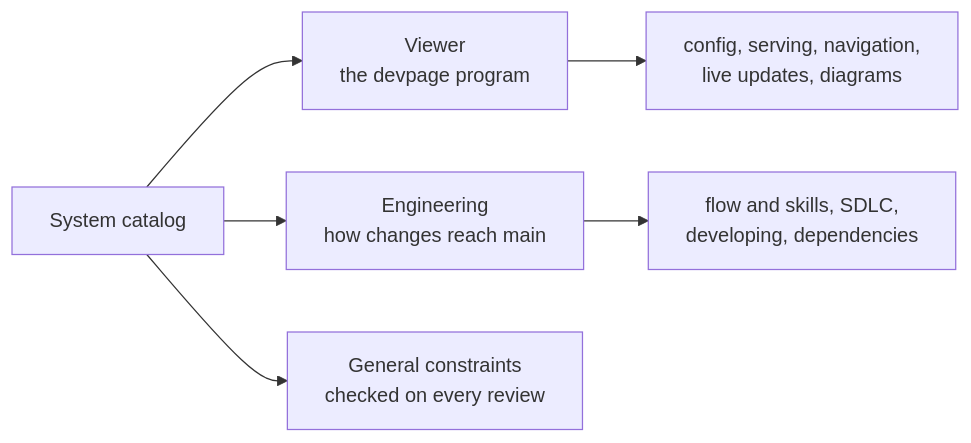
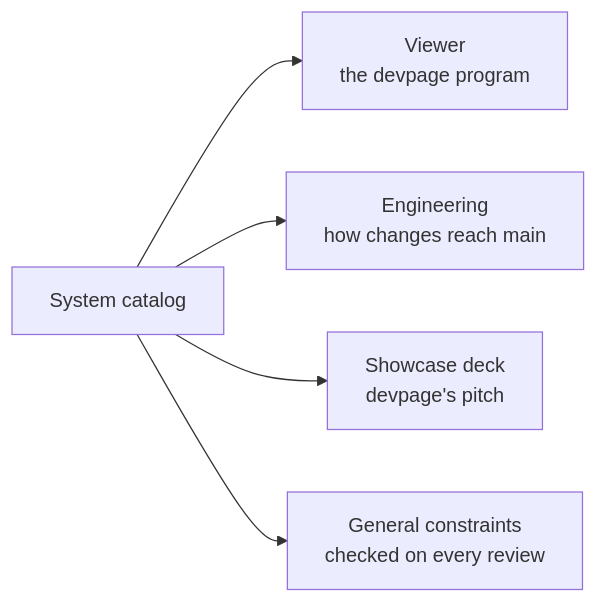
The diagram in docs/boxes/README.md (andrei512/devpage), drawn with Mermaid before and after one commit. The commit also changed other lines of this file and 9 other files, not shown here.

````diff
--- a/docs/boxes/README.md
+++ b/docs/boxes/README.md
@@ -11,13 +11,11 @@
 ```mermaid
 flowchart LR
   catalog["System catalog"] --> viewer["Viewer<br/>the devpage program"]
   catalog --> engineering["Engineering<br/>how changes reach main"]
+  catalog --> showcase["Showcase deck<br/>devpage's pitch"]
   catalog --> constraints["General constraints<br/>checked on every review"]
-  viewer --> vparts["config, serving, navigation,<br/>live updates, diagrams"]
-  engineering --> eparts["flow and skills, SDLC,<br/>developing, dependencies"]
   click viewer href "./viewer/README.md" "Viewer"
   click engineering href "./engineering/README.md" "Engineering"
+  click showcase href "./showcase/README.md" "The showcase deck"
   click constraints href "../constraints/README.md" "General constraints"
-  click vparts href "./viewer/README.md#topics" "The viewer's pages"
-  click eparts href "./engineering/README.md#topics" "Engineering's pages"
 ```
````
